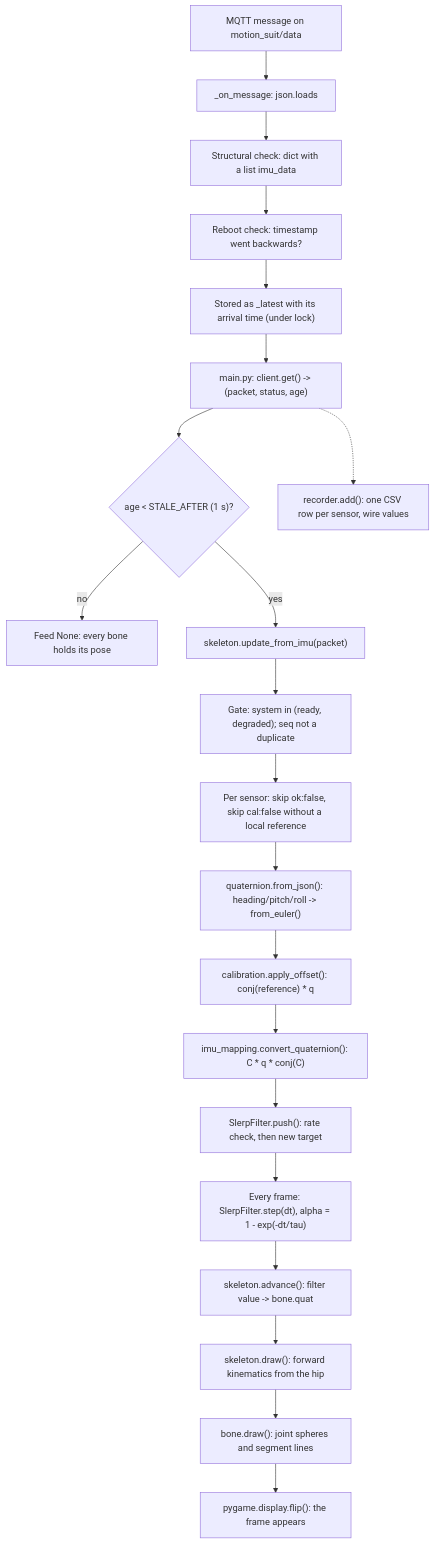
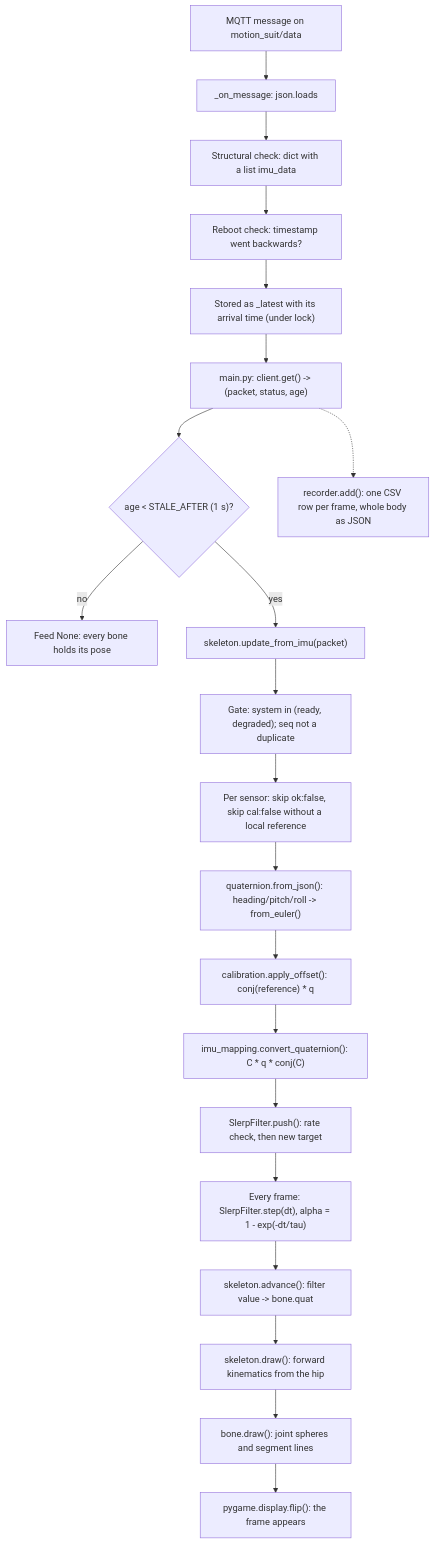
One commit to MelyGalvez/Volting-MUSIC-Project changed the sixth of 7 diagrams in Suit_Developement/Software/Perceptual_Space/Interfaces/Visual/3D_Model/V4/README.md. Above: the diagram before and after it, drawn with Mermaid. The commit also changed other lines of this file and 12 other files, not shown here.

````diff
--- a/Suit_Developement/Software/Perceptual_Space/Interfaces/Visual/3D_Model/V4/README.md
+++ b/Suit_Developement/Software/Perceptual_Space/Interfaces/Visual/3D_Model/V4/README.md
@@ -977,24 +984,24 @@
 ```mermaid
 flowchart TD
     A["MQTT message on motion_suit/data"] --> B["_on_message: json.loads"]
     B --> C["Structural check: dict with a list imu_data"]
     C --> D["Reboot check: timestamp went backwards?"]
     D --> E["Stored as _latest with its arrival time (under lock)"]
     E --> F["main.py: client.get() -> (packet, status, age)"]
     F --> G{"age < STALE_AFTER (1 s)?"}
     G -->|"no"| H["Feed None: every bone holds its pose"]
     G -->|"yes"| I["skeleton.update_from_imu(packet)"]
     I --> J["Gate: system in (ready, degraded); seq not a duplicate"]
     J --> K["Per sensor: skip ok:false, skip cal:false without a local reference"]
     K --> L["quaternion.from_json(): heading/pitch/roll -> from_euler()"]
     L --> M["calibration.apply_offset(): conj(reference) * q"]
     M --> N["imu_mapping.convert_quaternion(): C * q * conj(C)"]
     N --> O["SlerpFilter.push(): rate check, then new target"]
     O --> P["Every frame: SlerpFilter.step(dt), alpha = 1 - exp(-dt/tau)"]
     P --> Q["skeleton.advance(): filter value -> bone.quat"]
     Q --> R["skeleton.draw(): forward kinematics from the hip"]
     R --> S["bone.draw(): joint spheres and segment lines"]
     S --> T["pygame.display.flip(): the frame appears"]
 
-    F -.-> U["recorder.add(): one CSV row per sensor, wire values"]
+    F -.-> U["recorder.add(): one CSV row per frame, whole body as JSON"]
 ```
````
